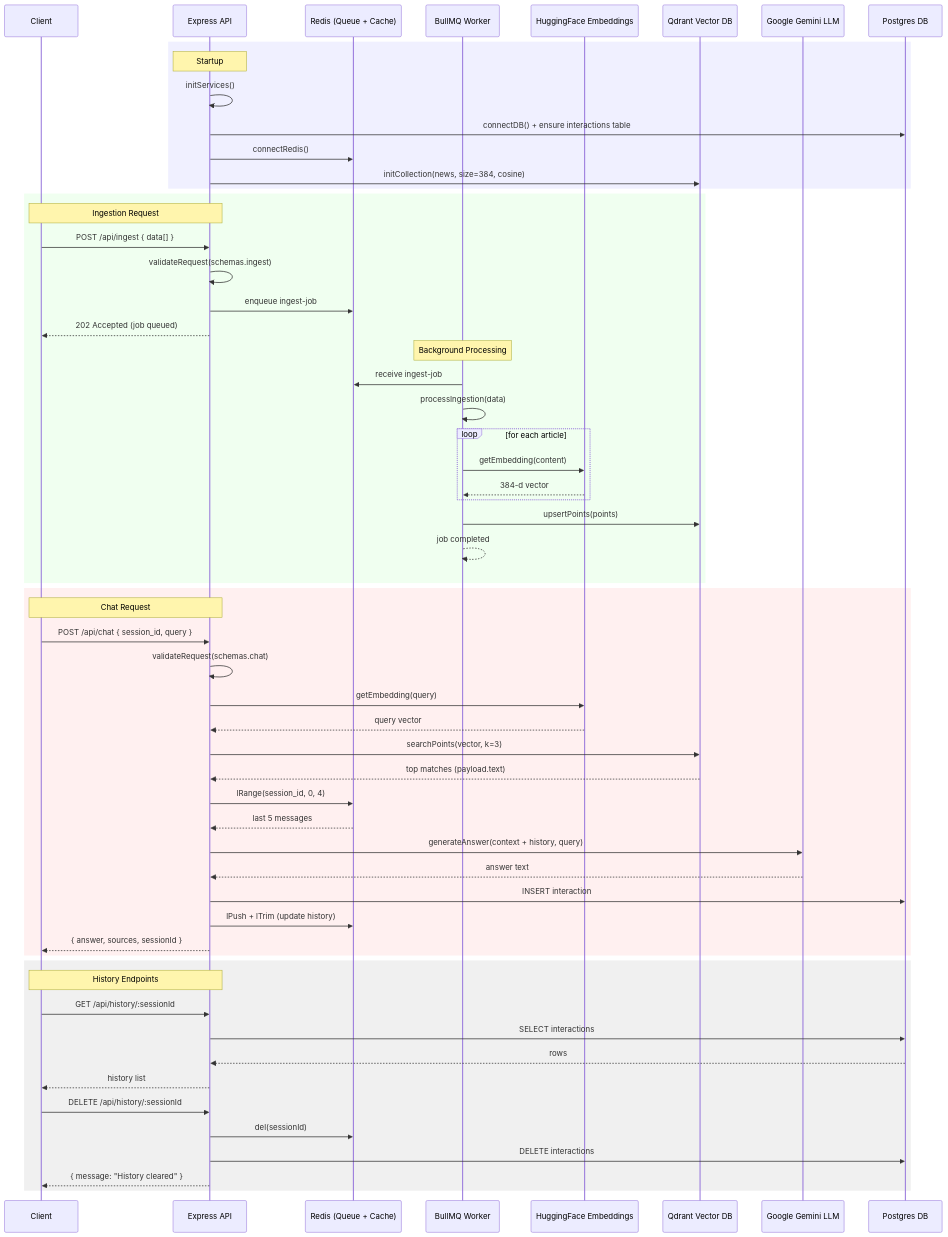
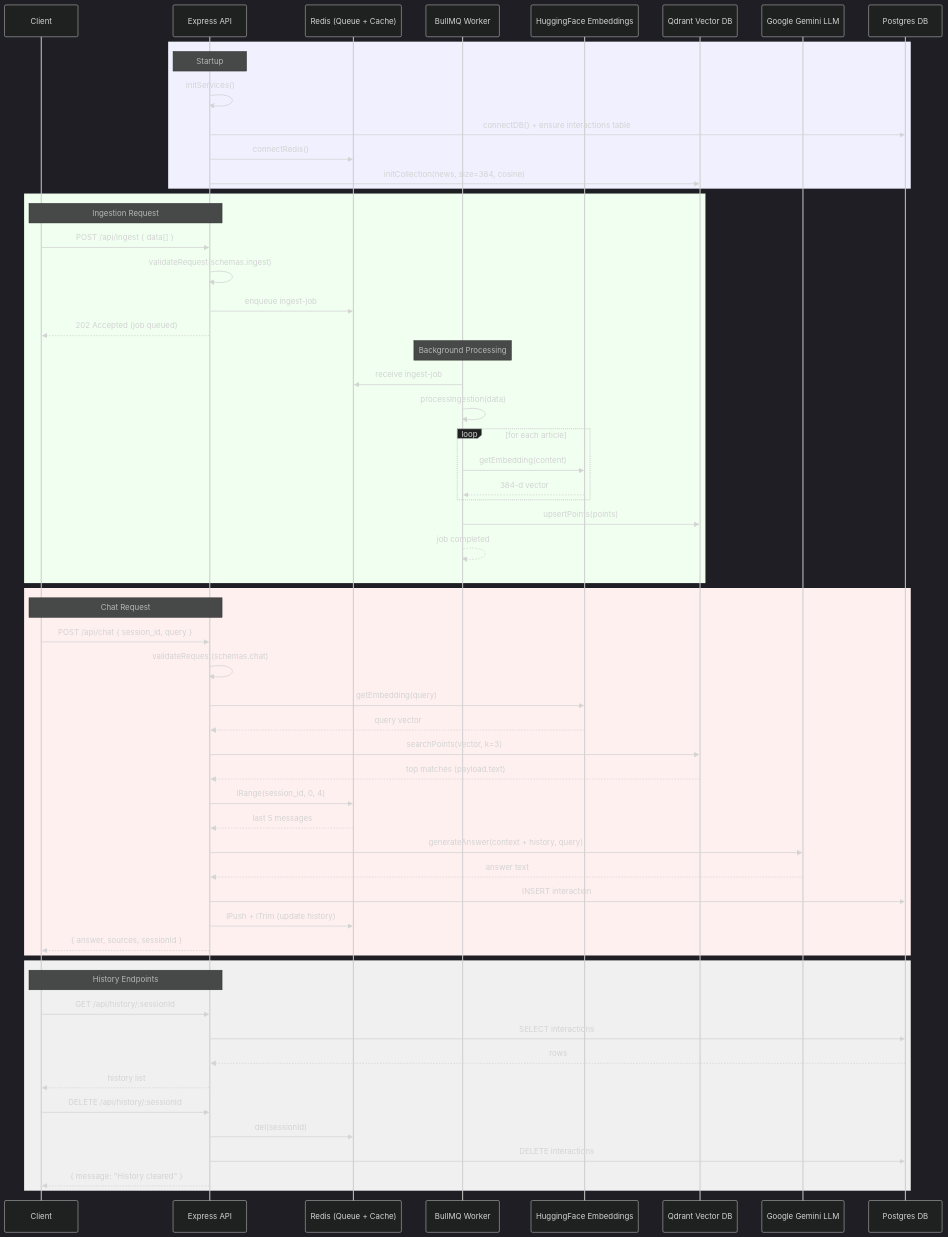
Before and after one commit to Sanjoy9999/Backend-Developer-Assessment-Edwid-Tech-PVT-LTD: the second of 2 diagrams in README.md, drawn with Mermaid. The commit also changed other lines of this file, not shown here.

````diff
--- a/README.md
+++ b/README.md
@@ -86,67 +86,68 @@
 ```mermaid
+%%{init: {'theme': 'dark', 'themeVariables': { 'background': '#0b0f1a', 'primaryColor': '#1f2940', 'secondaryColor': '#27334a', 'primaryTextColor': '#e8ecf5', 'tertiaryTextColor': '#e8ecf5' }}}%%
 sequenceDiagram
   participant Client
   participant API as Express API
   participant Redis as Redis (Queue + Cache)
   participant Worker as BullMQ Worker
   participant HF as HuggingFace Embeddings
   participant Qdrant as Qdrant Vector DB
   participant Gemini as Google Gemini LLM
   participant PG as Postgres DB
 
   rect rgb(240,240,255)
   Note over API: Startup
   API->>API: initServices()
   API->>PG: connectDB() + ensure interactions table
   API->>Redis: connectRedis()
   API->>Qdrant: initCollection(news, size=384, cosine)
   end
 
   rect rgb(240,255,240)
   Note over Client,API: Ingestion Request
   Client->>API: POST /api/ingest { data[] }
   API->>API: validateRequest(schemas.ingest)
   API->>Redis: enqueue ingest-job
   API-->>Client: 202 Accepted (job queued)
 
   Note over Worker: Background Processing
   Worker->>Redis: receive ingest-job
   Worker->>Worker: processIngestion(data)
   loop for each article
     Worker->>HF: getEmbedding(content)
     HF-->>Worker: 384-d vector
   end
   Worker->>Qdrant: upsertPoints(points)
   Worker-->>Worker: job completed
   end
 
   rect rgb(255,240,240)
   Note over Client,API: Chat Request
   Client->>API: POST /api/chat { session_id, query }
   API->>API: validateRequest(schemas.chat)
   API->>HF: getEmbedding(query)
   HF-->>API: query vector
   API->>Qdrant: searchPoints(vector, k=3)
   Qdrant-->>API: top matches (payload.text)
   API->>Redis: lRange(session_id, 0, 4)
   Redis-->>API: last 5 messages
   API->>Gemini: generateAnswer(context + history, query)
   Gemini-->>API: answer text
   API->>PG: INSERT interaction
   API->>Redis: lPush + lTrim (update history)
   API-->>Client: { answer, sources, sessionId }
   end
 
   rect rgb(240,240,240)
   Note over Client,API: History Endpoints
   Client->>API: GET /api/history/:sessionId
   API->>PG: SELECT interactions
   PG-->>API: rows
   API-->>Client: history list
 
   Client->>API: DELETE /api/history/:sessionId
   API->>Redis: del(sessionId)
   API->>PG: DELETE interactions
   API-->>Client: { message: "History cleared" }
   end
 ```
````
